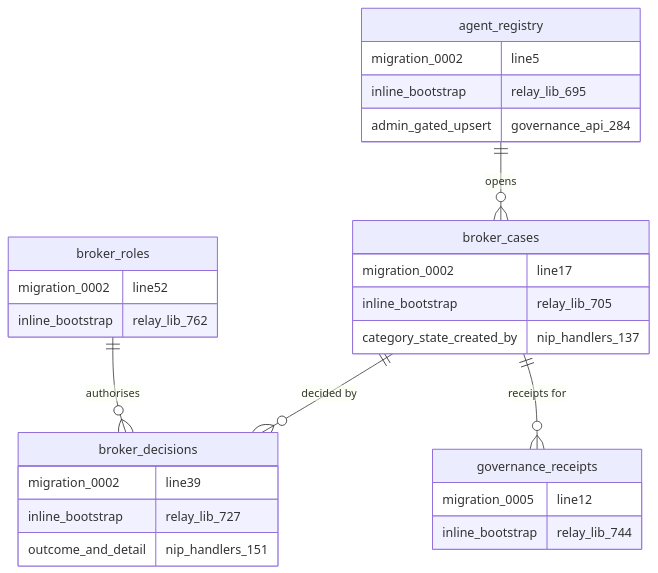
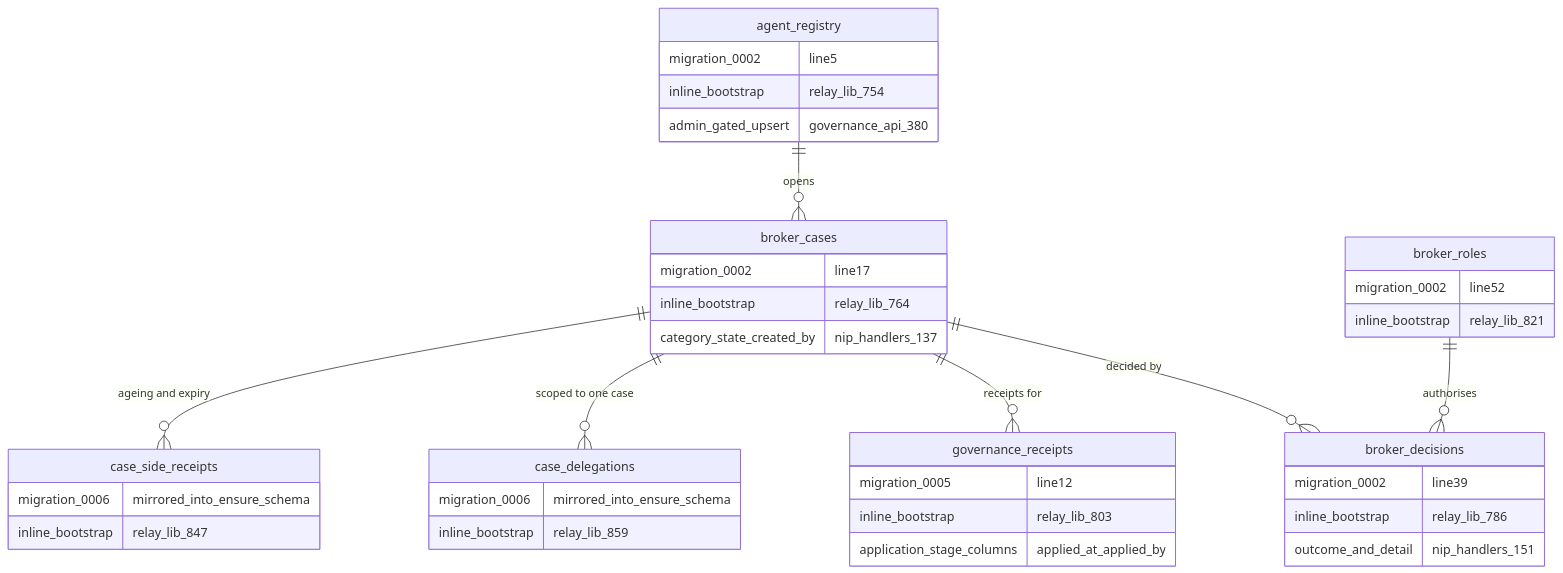
The eighth of 15 diagrams in docs/diagrams/nostr-rust-forum/06-agent-control-surface-31400-31405.md (DreamLab-AI/VisionFlow), drawn with Mermaid before and after one commit. The commit also changed other lines of this file and 11 other files, not shown here.

````diff
--- a/docs/diagrams/nostr-rust-forum/06-agent-control-surface-31400-31405.md
+++ b/docs/diagrams/nostr-rust-forum/06-agent-control-surface-31400-31405.md
@@ -218,31 +217,42 @@
 ```mermaid
 erDiagram
     agent_registry ||--o{ broker_cases : "opens"
     broker_cases ||--o{ broker_decisions : "decided by"
     broker_cases ||--o{ governance_receipts : "receipts for"
     broker_roles ||--o{ broker_decisions : "authorises"
+    broker_cases ||--o{ case_delegations : "scoped to one case"
+    broker_cases ||--o{ case_side_receipts : "ageing and expiry"
 
     agent_registry {
         migration_0002 line5
-        inline_bootstrap relay_lib_695
-        admin_gated_upsert governance_api_284
+        inline_bootstrap relay_lib_754
+        admin_gated_upsert governance_api_380
     }
     broker_cases {
         migration_0002 line17
-        inline_bootstrap relay_lib_705
+        inline_bootstrap relay_lib_764
         category_state_created_by nip_handlers_137
     }
     broker_decisions {
         migration_0002 line39
-        inline_bootstrap relay_lib_727
+        inline_bootstrap relay_lib_786
         outcome_and_detail nip_handlers_151
     }
     broker_roles {
         migration_0002 line52
-        inline_bootstrap relay_lib_762
+        inline_bootstrap relay_lib_821
     }
     governance_receipts {
         migration_0005 line12
-        inline_bootstrap relay_lib_744
+        inline_bootstrap relay_lib_803
+        application_stage_columns applied_at_applied_by
+    }
+    case_delegations {
+        migration_0006 mirrored_into_ensure_schema
+        inline_bootstrap relay_lib_859
+    }
+    case_side_receipts {
+        migration_0006 mirrored_into_ensure_schema
+        inline_bootstrap relay_lib_847
     }
 ```
````
